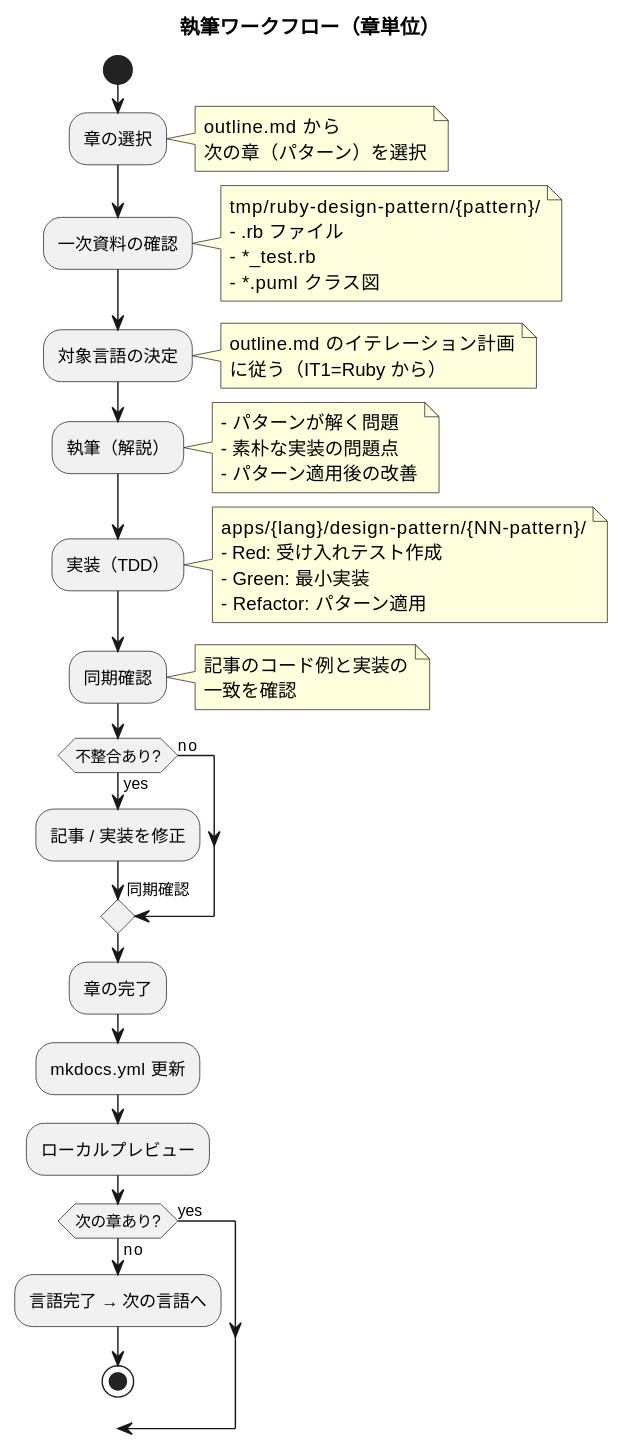
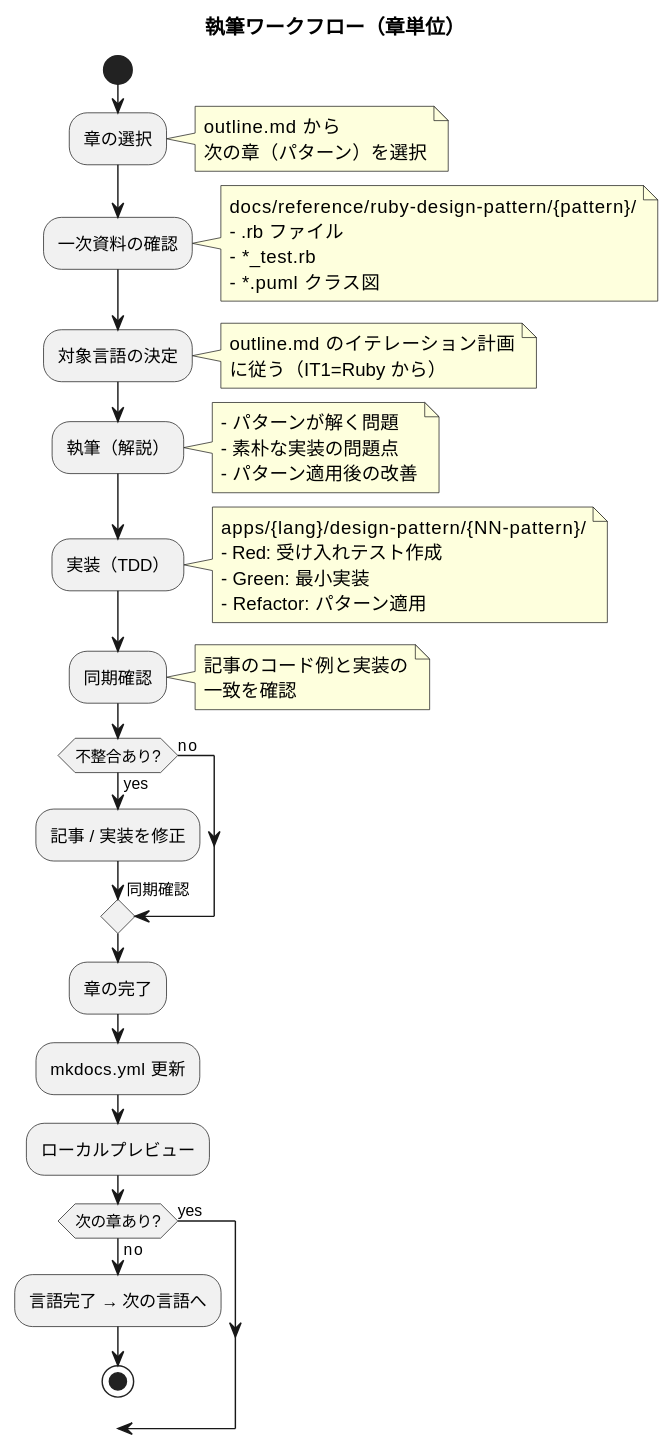
One commit to k2works/getting-started-design-pattern changed the first of 3 diagrams in docs/article/workflow.md. Above: the diagram before and after it, drawn with PlantUML. The commit also changed other lines of this file and 7 other files, not shown here.

````diff
--- a/docs/article/workflow.md
+++ b/docs/article/workflow.md
@@ -9,68 +9,68 @@
 ```plantuml
 @startuml
 title 執筆ワークフロー（章単位）
 
 start
 
 :章の選択;
 note right
   outline.md から
   次の章（パターン）を選択
 end note
 
 :一次資料の確認;
 note right
-  tmp/ruby-design-pattern/{pattern}/
+  docs/reference/ruby-design-pattern/{pattern}/
   - .rb ファイル
   - *_test.rb
   - *.puml クラス図
 end note
 
 :対象言語の決定;
 note right
   outline.md のイテレーション計画
   に従う（IT1=Ruby から）
 end note
 
 :執筆（解説）;
 note right
   - パターンが解く問題
   - 素朴な実装の問題点
   - パターン適用後の改善
 end note
 
 :実装（TDD）;
 note right
   apps/{lang}/design-pattern/{NN-pattern}/
   - Red: 受け入れテスト作成
   - Green: 最小実装
   - Refactor: パターン適用
 end note
 
 :同期確認;
 note right
   記事のコード例と実装の
   一致を確認
 end note
 
 if (不整合あり?) then (yes)
   :記事 / 実装を修正;
   -> 同期確認;
 else (no)
 endif
 
 :章の完了;
 
 :mkdocs.yml 更新;
 
 :ローカルプレビュー;
 
 if (次の章あり?) then (yes)
   -> 章の選択;
 else (no)
   :言語完了 → 次の言語へ;
   stop
 endif
 
 @enduml
 ```
````
